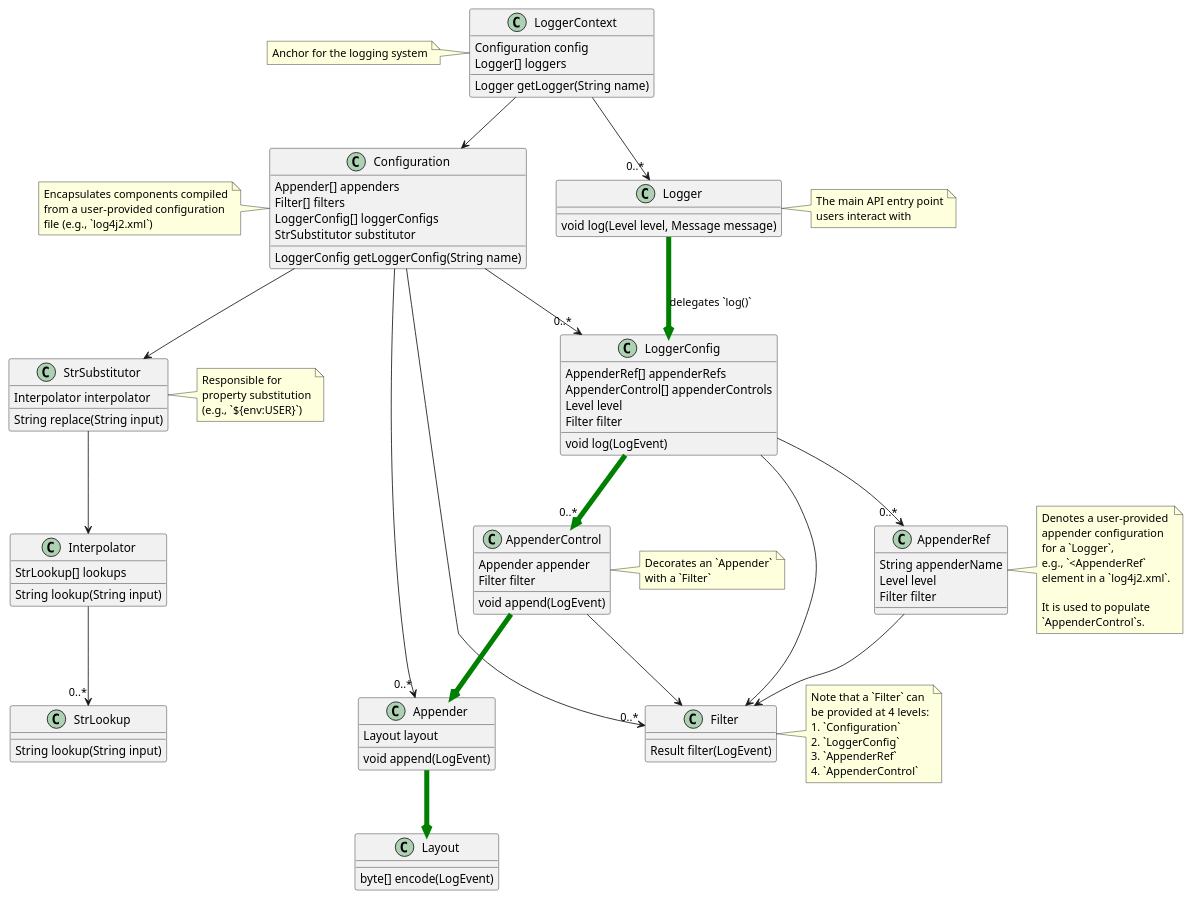
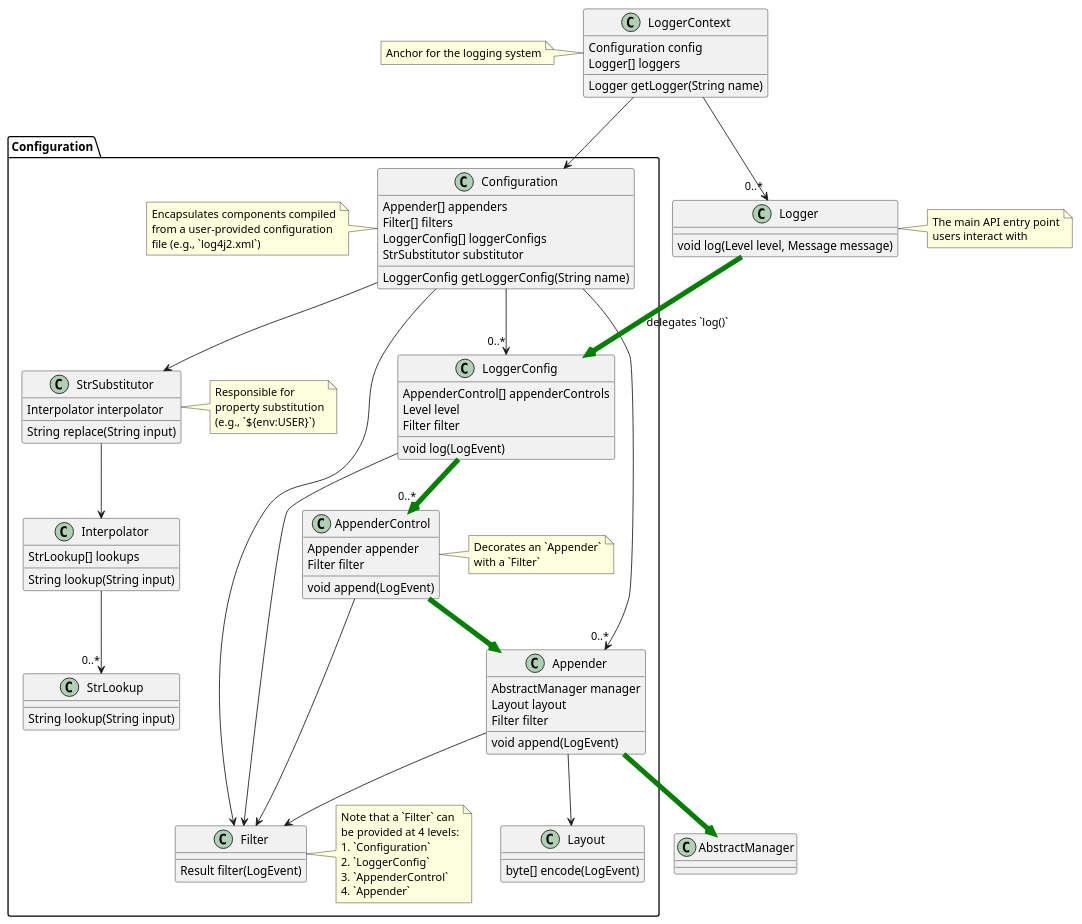
Before and after one commit to apache/logging-log4j2: the first of 12 diagrams in src/site/antora/modules/ROOT/pages/manual/architecture.adoc, drawn with PlantUML. The commit also changed other lines of this file, not shown here.

Commit message:
Add information about reconfiguration

```diff
--- a/src/site/antora/modules/ROOT/pages/manual/architecture.adoc
+++ b/src/site/antora/modules/ROOT/pages/manual/architecture.adoc
@@ -36,127 +36,112 @@
   Anchor for the logging system
 }
 
-LoggerContext --> Configuration
-
 LoggerContext --> "0..*" Logger
 
-class Configuration {
-  Appender[] appenders
-  Filter[] filters
-  LoggerConfig[] loggerConfigs
-  LoggerConfig getLoggerConfig(String name)
-  StrSubstitutor substitutor
+package "Configuration" as c {
+
+    class Configuration {
+      Appender[] appenders
+      Filter[] filters
+      LoggerConfig[] loggerConfigs
+      LoggerConfig getLoggerConfig(String name)
+      StrSubstitutor substitutor
+    }
+
+    note left of Configuration
+      Encapsulates components compiled
+      from a user-provided configuration
+      file (e.g., `log4j2.xml`)
+    end note
+
+    Configuration --> Filter
+
+    Configuration --> "0..*" Appender
+
+    Configuration --> "0..*" LoggerConfig
+
+    Configuration --> StrSubstitutor
+
+    class Appender {
+      AbstractManager manager
+      Layout layout
+      Filter filter
+      void append(LogEvent)
+    }
+
+    Appender --> Layout
+
+    Appender --> Filter
+
+    class Layout {
+      byte[] encode(LogEvent)
+    }
+
+    class Filter {
+      Result filter(LogEvent)
+    }
+
+    note right of Filter
+      Note that a `Filter` can
+      be provided at 4 levels:
+      1. `Configuration`
+      2. `LoggerConfig`
+      3. `AppenderControl`
+      4. `Appender`
+    end note
+
+    class LoggerConfig {
+      AppenderControl[] appenderControls
+      Level level
+      Filter filter
+      void log(LogEvent)
+    }
+
+    LoggerConfig -[#green,thickness=6]-> "0..*" AppenderControl
+
+    LoggerConfig --> Filter
+
+    class AppenderControl {
+      Appender appender
+      Filter filter
+      void append(LogEvent)
+    }
+
+    note right of AppenderControl
+      Decorates an `Appender`
+      with a `Filter`
+    end note
+
+    AppenderControl -[#green,thickness=6]-> Appender
+
+    AppenderControl --> Filter
+
+    class StrSubstitutor {
+      Interpolator interpolator
+      String replace(String input)
+    }
+
+    note right of StrSubstitutor
+      Responsible for
+      property substitution
+      (e.g., `${env:USER}`)
+    end note
+
+    StrSubstitutor --> Interpolator
+
+    class Interpolator {
+      StrLookup[] lookups
+      String lookup(String input)
+    }
+
+    Interpolator --> "0..*" StrLookup
+
+    class StrLookup {
+      String lookup(String input)
+    }
 }
 
-note left of Configuration
-  Encapsulates components compiled
-  from a user-provided configuration
-  file (e.g., `log4j2.xml`)
-end note
-
-Configuration --> "0..*" Filter
-
-Configuration --> "0..*" Appender
-
-Configuration --> "0..*" LoggerConfig
-
-Configuration --> StrSubstitutor
-
-class Appender {
-  Layout layout
-  void append(LogEvent)
-}
-
-Appender -[#green,thickness=6]-> Layout
-
-class Layout {
-  byte[] encode(LogEvent)
-}
-
-class Filter {
-  Result filter(LogEvent)
-}
-
-note right of Filter
-  Note that a `Filter` can
-  be provided at 4 levels:
-  1. `Configuration`
-  2. `LoggerConfig`
-  3. `AppenderRef`
-  4. `AppenderControl`
-end note
-
-class LoggerConfig {
-  AppenderRef[] appenderRefs
-  AppenderControl[] appenderControls
-  Level level
-  Filter filter
-  void log(LogEvent)
-}
-
-LoggerConfig --> "0..*" AppenderRef
-
-LoggerConfig -[#green,thickness=6]-> "0..*" AppenderControl
-
-LoggerConfig --> Filter
-
-class AppenderRef {
-  String appenderName
-  Level level
-  Filter filter
-}
-
-note right of AppenderRef
-  Denotes a user-provided
-  appender configuration
-  for a `Logger`,
-  e.g., `<AppenderRef`
-  element in a `log4j2.xml`.
-
-  It is used to populate
-  `AppenderControl`s.
-end note
-
-AppenderRef --> Filter
-
-class AppenderControl {
-  Appender appender
-  Filter filter
-  void append(LogEvent)
-}
-
-note right of AppenderControl
-  Decorates an `Appender`
-  with a `Filter`
-end note
-
-AppenderControl -[#green,thickness=6]-> Appender
-
-AppenderControl --> Filter
-
-class StrSubstitutor {
-  Interpolator interpolator
-  String replace(String input)
-}
-
-note right of StrSubstitutor
-  Responsible for
-  property substitution
-  (e.g., `${env:USER}`)
-end note
-
-StrSubstitutor --> Interpolator
-
-class Interpolator {
-  StrLookup[] lookups
-  String lookup(String input)
-}
-
-Interpolator --> "0..*" StrLookup
-
-class StrLookup {
-  String lookup(String input)
-}
+LoggerContext --> Configuration
 
 class Logger {
   void log(Level level, Message message)
@@ -169,5 +154,10 @@
 
 Logger -[#green,thickness=6]-> LoggerConfig : delegates `log()`
 
+class AbstractManager {
+}
+
+Appender -[#green,thickness=6]-> AbstractManager
+
 @enduml
 ....
```
